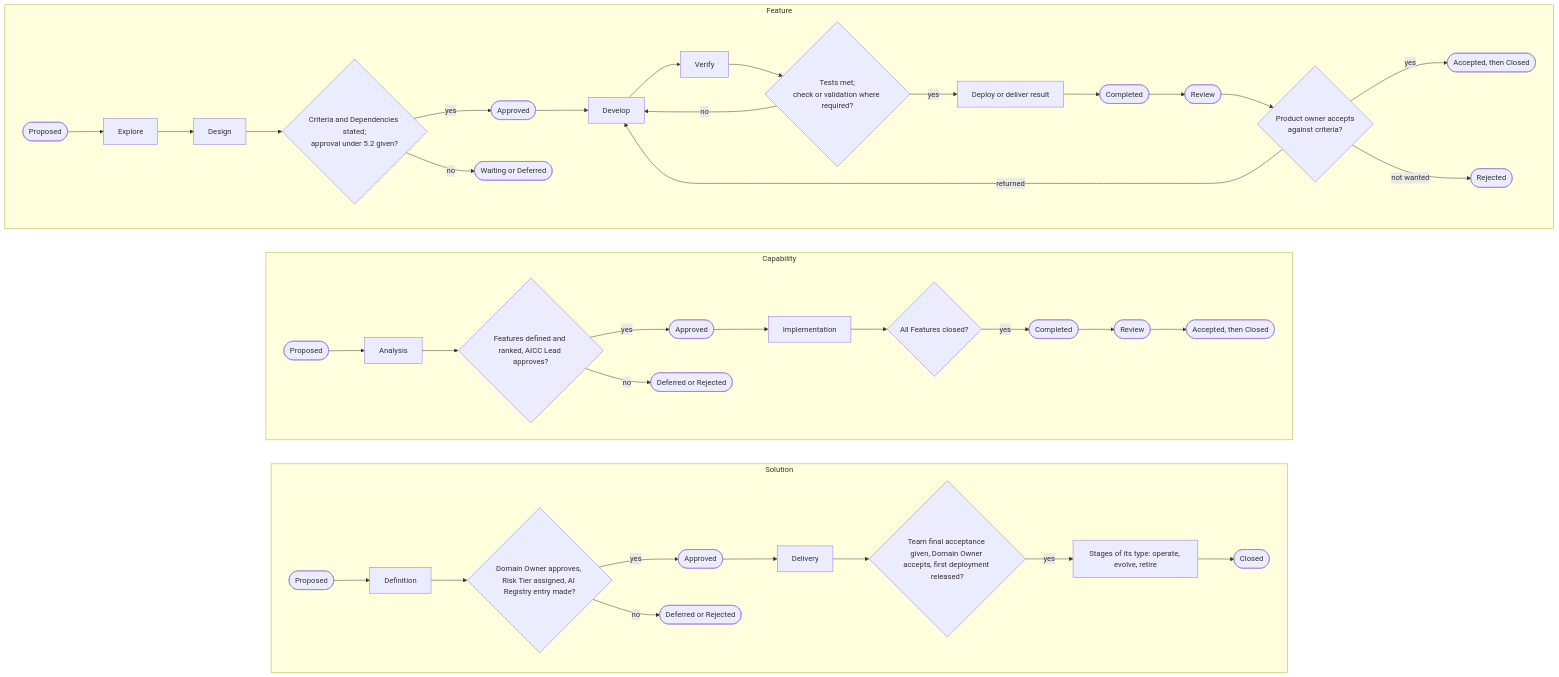
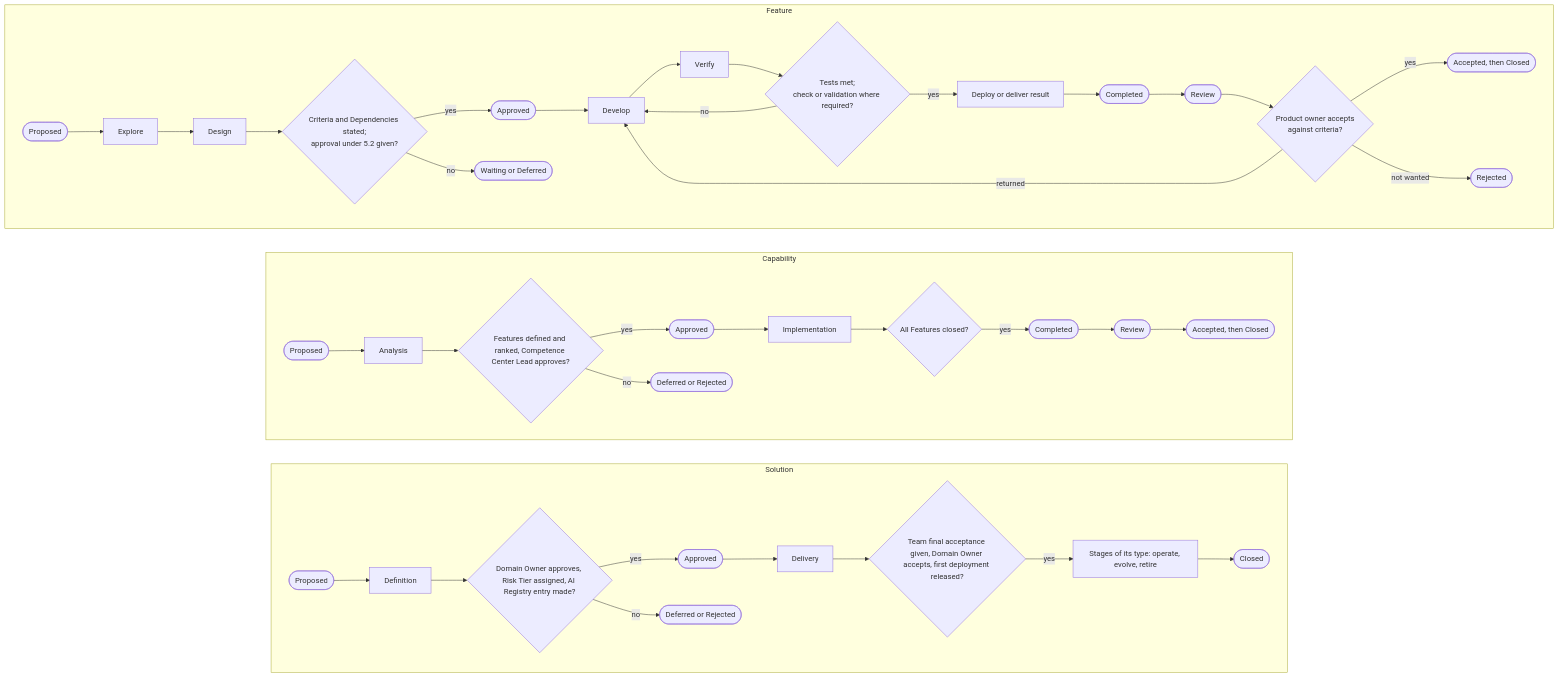
The fourth of 13 diagrams in charter/en/documents/solution-lifecycle-model.md (devhogu/ob-aicc), drawn with Mermaid before and after one commit. The commit also changed other lines of this file and 1149 other files, not shown here.

First line of the commit message:
The name Competence Center: AICC stays only as a code (DR-2026-066)

````diff
--- a/charter/en/documents/solution-lifecycle-model.md
+++ b/charter/en/documents/solution-lifecycle-model.md
@@ -221,30 +221,30 @@
 ```mermaid
 flowchart TB
   subgraph FEATURE["Feature"]
     direction LR
     F0(["Proposed"]) --> F1["Explore"] --> F2["Design"] --> FC1{"Criteria and Dependencies stated;<br/>approval under 5.2 given?"}
     FC1 -->|yes| F3(["Approved"]) --> F4["Develop"] --> F5["Verify"] --> FC2{"Tests met;<br/>check or validation where required?"}
     FC2 -->|yes| F6["Deploy or deliver result"] --> F7(["Completed"]) --> F8(["Review"]) --> FC3{"Product owner accepts<br/>against criteria?"}
     FC3 -->|yes| F9(["Accepted, then Closed"])
     FC3 -->|returned| F4
     FC3 -->|not wanted| F10(["Rejected"])
     FC2 -->|no| F4
     FC1 -->|no| F11(["Waiting or Deferred"])
   end
   subgraph CAPABILITY["Capability"]
     direction LR
-    C0(["Proposed"]) --> C1["Analysis"] --> CC1{"Features defined and ranked, AICC Lead approves?"}
+    C0(["Proposed"]) --> C1["Analysis"] --> CC1{"Features defined and ranked, Competence Center Lead approves?"}
     CC1 -->|yes| C2(["Approved"]) --> C3["Implementation"] --> CC2{"All Features closed?"}
     CC2 -->|yes| C4(["Completed"]) --> C5(["Review"]) --> C6(["Accepted, then Closed"])
     CC1 -->|no| C7(["Deferred or Rejected"])
   end
   subgraph SOLUTION["Solution"]
     direction LR
     S0(["Proposed"]) --> S1["Definition"] --> SC1{"Domain Owner approves, Risk Tier assigned, AI Registry entry made?"}
     SC1 -->|yes| S2(["Approved"]) --> S3["Delivery"] --> SC2{"Team final acceptance given, Domain Owner accepts, first deployment released?"}
     SC2 -->|yes| S4["Stages of its type: operate, evolve, retire"] --> S5(["Closed"])
     SC1 -->|no| S6(["Deferred or Rejected"])
   end
   FEATURE ~~~ CAPABILITY
   CAPABILITY ~~~ SOLUTION
 ```
````
